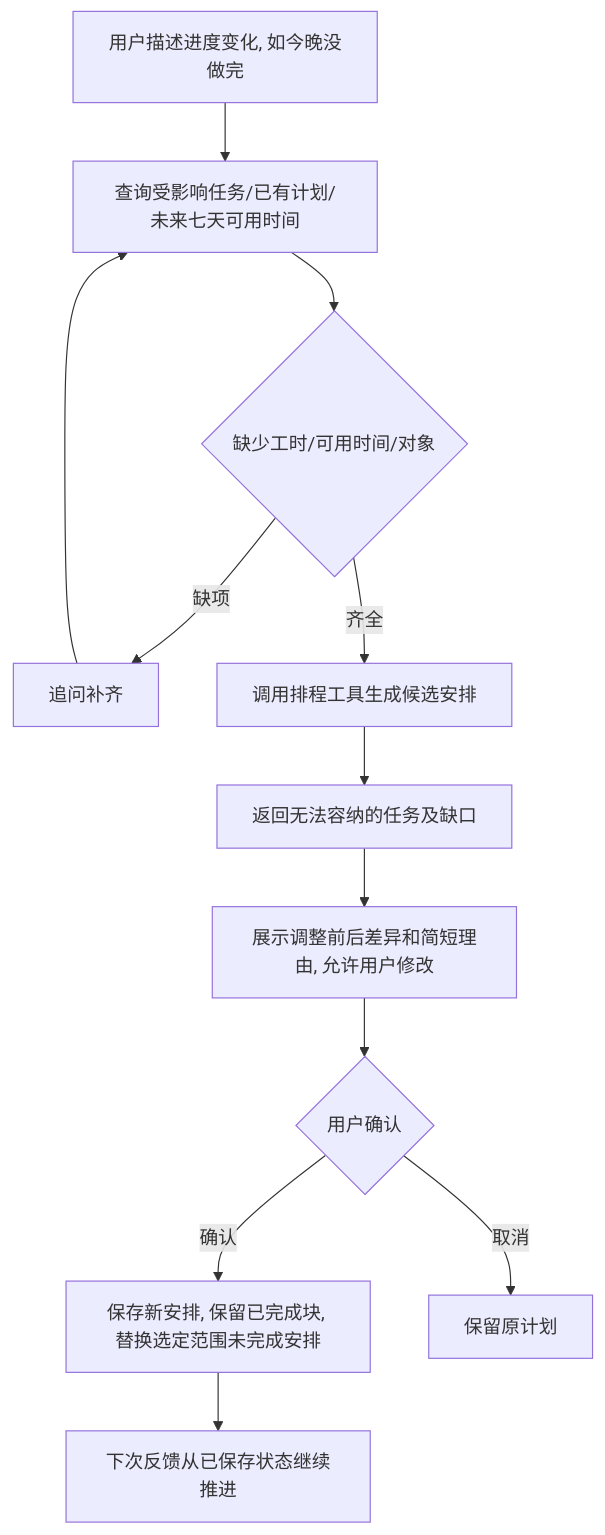
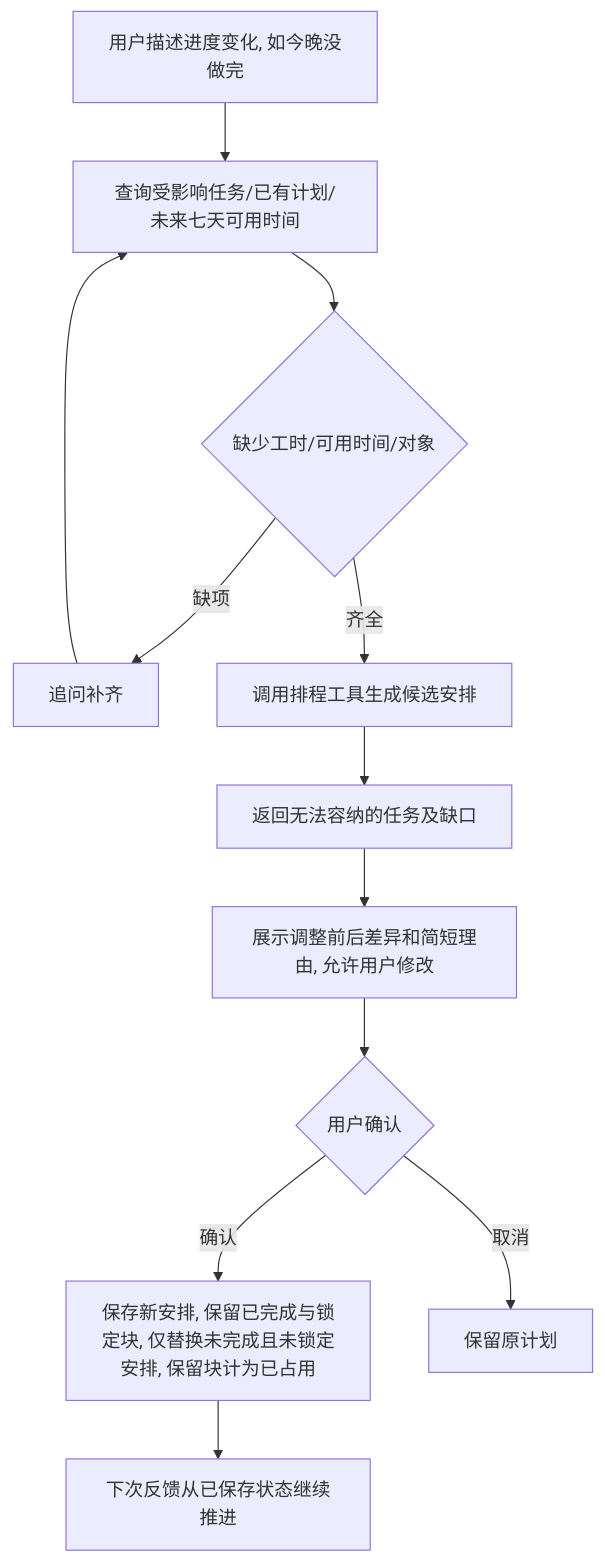
The third of 4 diagrams in docs/setup/T02-B模型Agent准备笔记.md (jfZhang1226/campus-ddl-agent), drawn with Mermaid before and after one commit. The commit also changed other lines of this file, not shown here.

````diff
--- a/docs/setup/T02-B模型Agent准备笔记.md
+++ b/docs/setup/T02-B模型Agent准备笔记.md
@@ -66,14 +72,14 @@
 ```mermaid
 flowchart TD
     A[用户描述进度变化, 如今晚没做完] --> B[查询受影响任务/已有计划/未来七天可用时间]
     B --> C{缺少工时/可用时间/对象}
     C -->|缺项| D[追问补齐]
     D --> B
     C -->|齐全| E[调用排程工具生成候选安排]
     E --> F[返回无法容纳的任务及缺口]
     F --> G[展示调整前后差异和简短理由, 允许用户修改]
     G --> H{用户确认}
-    H -->|确认| I[保存新安排, 保留已完成块, 替换选定范围未完成安排]
+    H -->|确认| I[保存新安排, 保留已完成与锁定块, 仅替换未完成且未锁定安排, 保留块计为已占用]
     H -->|取消| J[保留原计划]
     I --> K[下次反馈从已保存状态继续推进]
 ```
````
